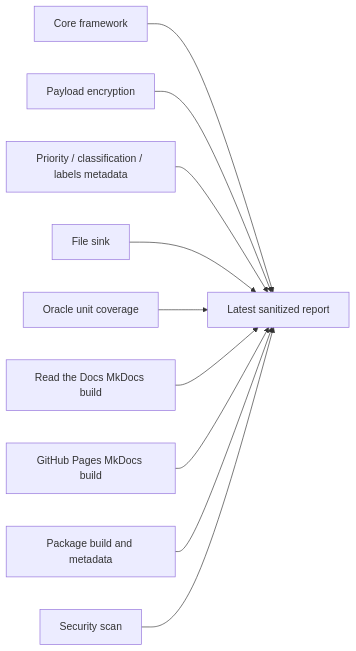
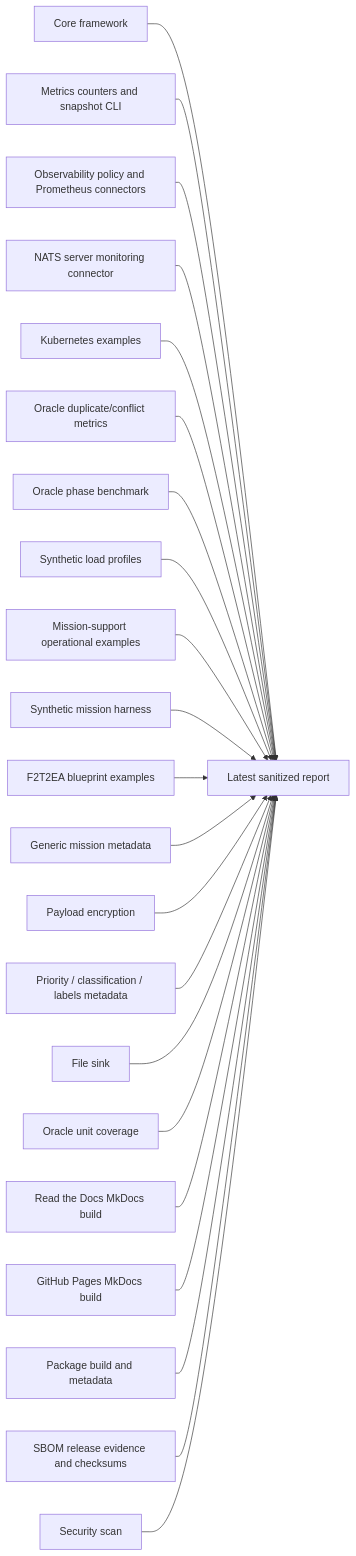
Before and after one commit to ProjectCuillin/nats-sinks: the first of 5 diagrams in docs/test-report.md, drawn with Mermaid. The commit also changed other lines of this file and 345 other files, not shown here.

````diff
--- a/docs/test-report.md
+++ b/docs/test-report.md
@@ -33,12 +81,24 @@
 ```mermaid
 flowchart LR
     Core[Core framework] --> Report[Latest sanitized report]
+    Metrics[Metrics counters and snapshot CLI] --> Report
+    Observe[Observability policy and Prometheus connectors] --> Report
+    NATSMon[NATS server monitoring connector] --> Report
+    K8s[Kubernetes examples] --> Report
+    OracleMetrics[Oracle duplicate/conflict metrics] --> Report
+    OracleBenchmark[Oracle phase benchmark] --> Report
+    LoadProfiles[Synthetic load profiles] --> Report
+    MissionOps[Mission-support operational examples] --> Report
+    Synthetic[Synthetic mission harness] --> Report
+    F2T2EA[F2T2EA blueprint examples] --> Report
+    MissionMeta[Generic mission metadata] --> Report
     Crypto[Payload encryption] --> Report
     MessageMeta[Priority / classification / labels metadata] --> Report
     File[File sink] --> Report
     OracleUnit[Oracle unit coverage] --> Report
     DocsRTD[Read the Docs MkDocs build] --> Report
     DocsPages[GitHub Pages MkDocs build] --> Report
     Package[Package build and metadata] --> Report
+    SBOM[SBOM release evidence and checksums] --> Report
     Security[Security scan] --> Report
 ```
````
